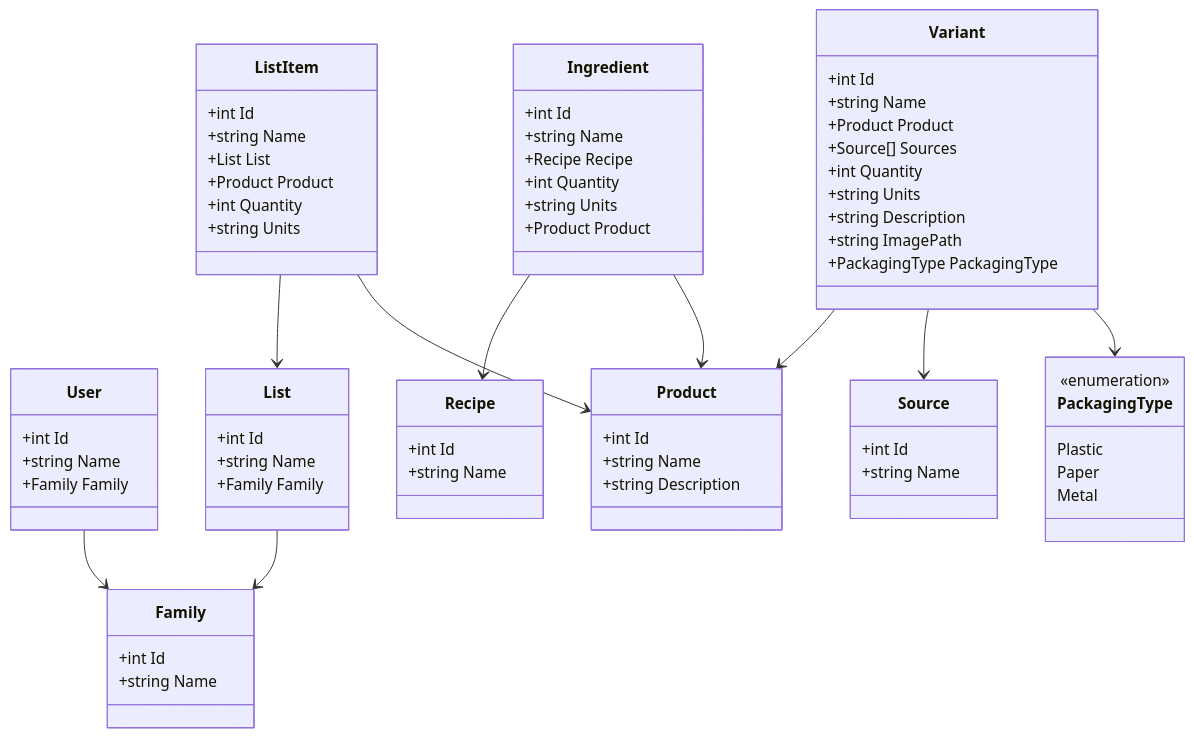
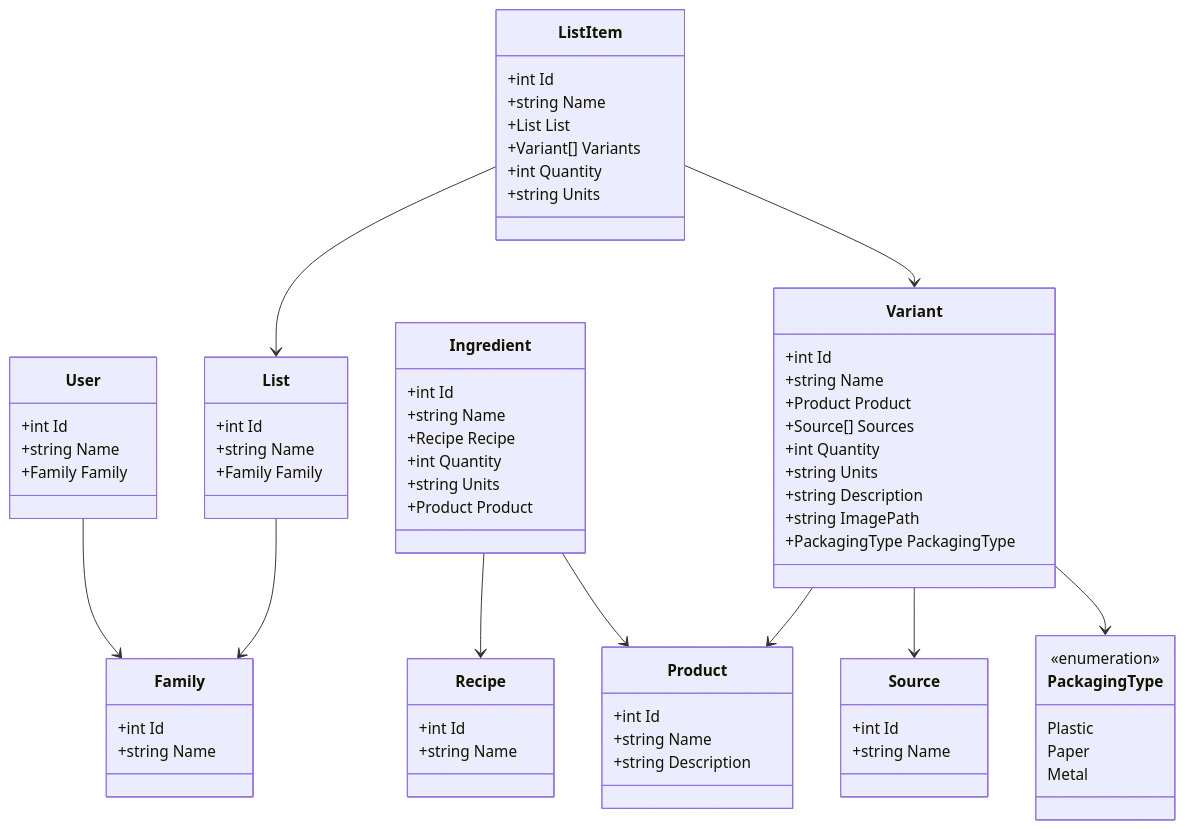
The diagram in docs/data_model.md (blacksquaresa/forager), drawn with Mermaid before and after one commit. The commit also changed 1 other file, not shown here.

Commit message:
Update api definition and data model

````diff
--- a/docs/data_model.md
+++ b/docs/data_model.md
@@ -5,72 +5,72 @@
 ```mermaid
 classDiagram
 class Family {
   +int Id
   +string Name
 }
 class User {
   +int Id
   +string Name
   +Family Family
 }
 class List {
   +int Id
   +string Name
   +Family Family
 }
 class ListItem {
   +int Id
   +string Name
   +List List
-  +Product Product
+  +Variant[] Variants
   +int Quantity
   +string Units
 }
 class Source {
   +int Id
   +string Name
 }
 class Recipe {
   +int Id
   +string Name
 }
 class Ingredient {
   +int Id
   +string Name
   +Recipe Recipe
   +int Quantity
   +string Units
   +Product Product
 }
 class Product {
   +int Id
   +string Name
   +string Description
 }
 class Variant {
   +int Id
   +string Name
   +Product Product
   +Source[] Sources
   +int Quantity
   +string Units
   +string Description
   +string ImagePath
   +PackagingType PackagingType
 }
 class PackagingType {
   <<enumeration>>
   Plastic
   Paper
   Metal
 }
 User --> Family
 List --> Family
 ListItem --> List
-ListItem --> Product
+ListItem --> Variant
 Ingredient --> Recipe
 Ingredient --> Product
 Variant --> Product
 Variant --> Source
 Variant --> PackagingType
 ```
````
